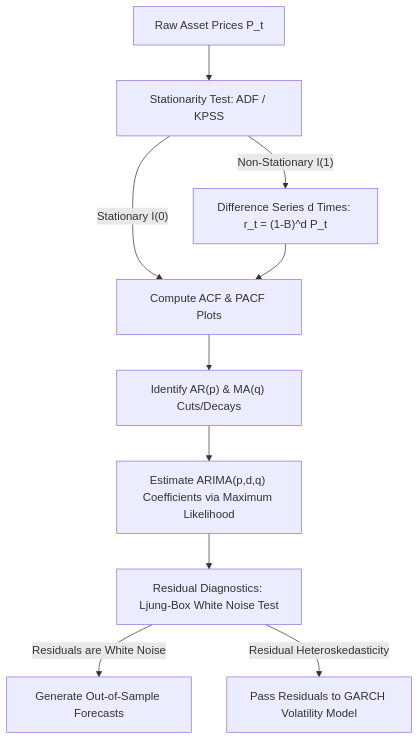
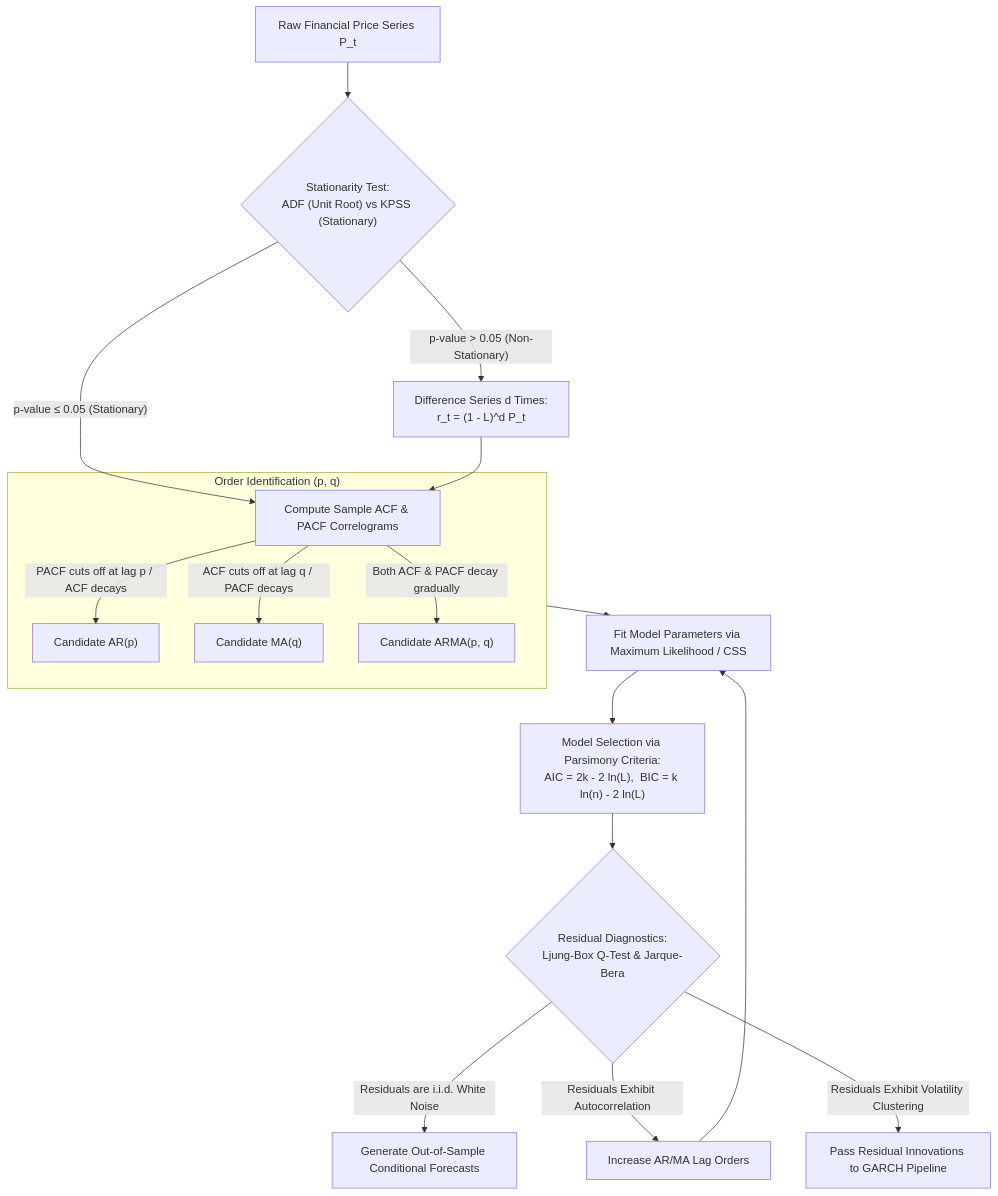
Before and after one commit to eggieinquant/wqu: the first of 4 diagrams in 04_financial_econometrics/README.md, drawn with Mermaid. The commit also changed other lines of this file and 6 other files, not shown here.

Commit message:
docs: overhaul and standardize READMEs across all MScFE modules (01-08) with Mermaid architectures, LaTeX formulas, and complete lesson mappings

````diff
--- a/04_financial_econometrics/README.md
+++ b/04_financial_econometrics/README.md
@@ -19,14 +19,24 @@
 ```mermaid
 flowchart TD
-    Raw["Raw Asset Prices P_t"] --> Test["Stationarity Test: ADF / KPSS"]
-    Test -->|"Non-Stationary I(1)"| Diff["Difference Series d Times: r_t = (1-B)^d P_t"]
-    Test -->|"Stationary I(0)"| ACF["Compute ACF & PACF Plots"]
+    Raw["Raw Financial Price Series P_t"] --> Stationarity{"Stationarity Test:<br/>ADF (Unit Root) vs KPSS (Stationary)"}
+    
+    Stationarity -->|"p-value > 0.05 (Non-Stationary)"| Diff["Difference Series d Times:<br/>r_t = (1 - L)^d P_t"]
+    Stationarity -->|"p-value ≤ 0.05 (Stationary)"| ACF["Compute Sample ACF & PACF Correlograms"]
     Diff --> ACF
     
-    ACF --> Identify["Identify AR(p) & MA(q) Cuts/Decays"]
-    Identify --> Estimate["Estimate ARIMA(p,d,q) Coefficients via Maximum Likelihood"]
-    Estimate --> Diag["Residual Diagnostics: Ljung-Box White Noise Test"]
+    subgraph Identification ["Order Identification (p, q)"]
+        ACF -->|"PACF cuts off at lag p / ACF decays"| AR_Cand["Candidate AR(p)"]
+        ACF -->|"ACF cuts off at lag q / PACF decays"| MA_Cand["Candidate MA(q)"]
+        ACF -->|"Both ACF & PACF decay gradually"| ARMA_Cand["Candidate ARMA(p, q)"]
+    end
     
-    Diag -->|"Residuals are White Noise"| Forecast["Generate Out-of-Sample Forecasts"]
-    Diag -->|"Residual Heteroskedasticity"| GARCH["Pass Residuals to GARCH Volatility Model"]
+    Identification --> MLE["Fit Model Parameters via Maximum Likelihood / CSS"]
+    MLE --> InfoCrit["Model Selection via Parsimony Criteria:<br/>AIC = 2k - 2 ln(L),  BIC = k ln(n) - 2 ln(L)"]
+    
+    InfoCrit --> DiagCheck{"Residual Diagnostics:<br/>Ljung-Box Q-Test & Jarque-Bera"}
+    
+    DiagCheck -->|"Residuals are i.i.d. White Noise"| Forecast["Generate Out-of-Sample Conditional Forecasts"]
+    DiagCheck -->|"Residuals Exhibit Autocorrelation"| Refine["Increase AR/MA Lag Orders"]
+    DiagCheck -->|"Residuals Exhibit Volatility Clustering"| GARCH_Pass["Pass Residual Innovations to GARCH Pipeline"]
+    Refine --> MLE
 ```
````
